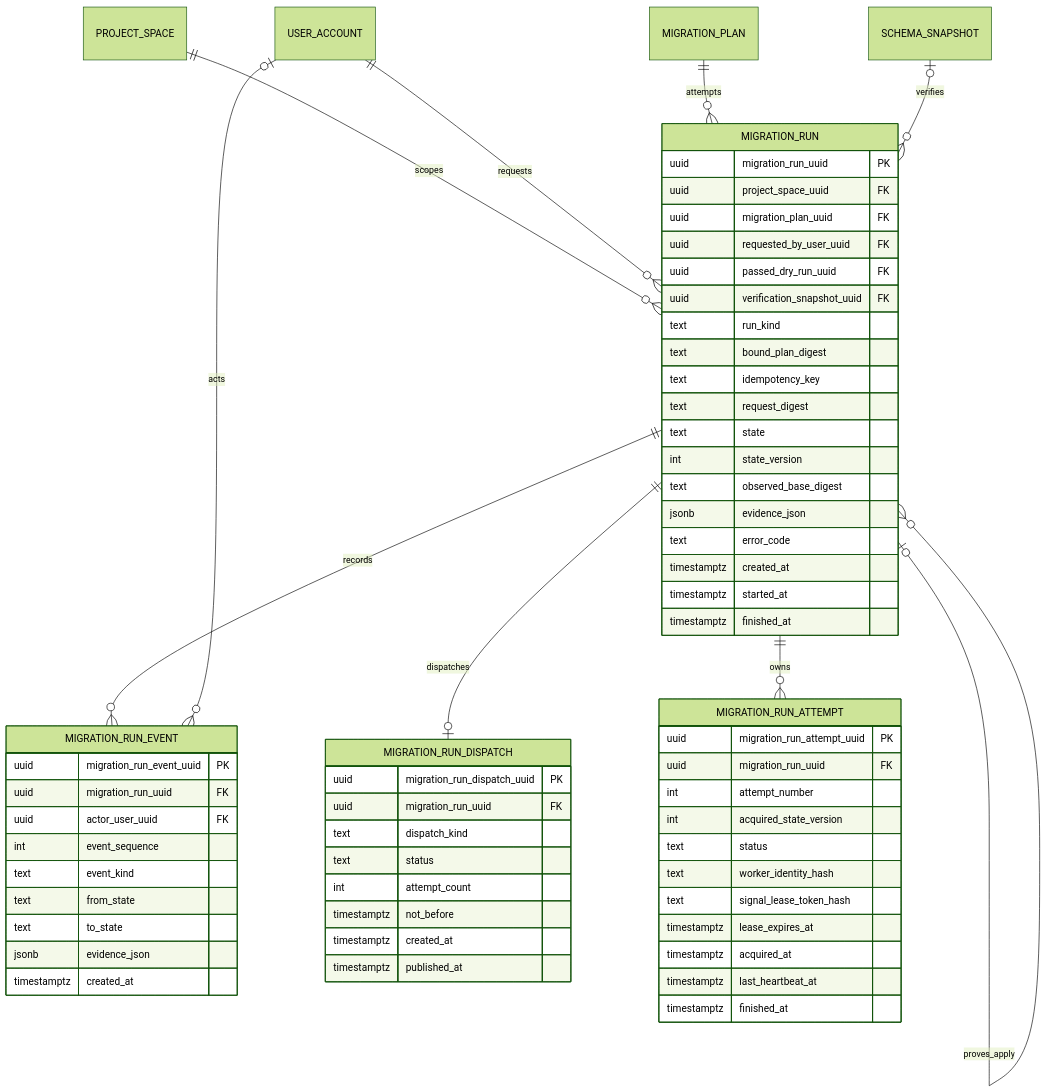
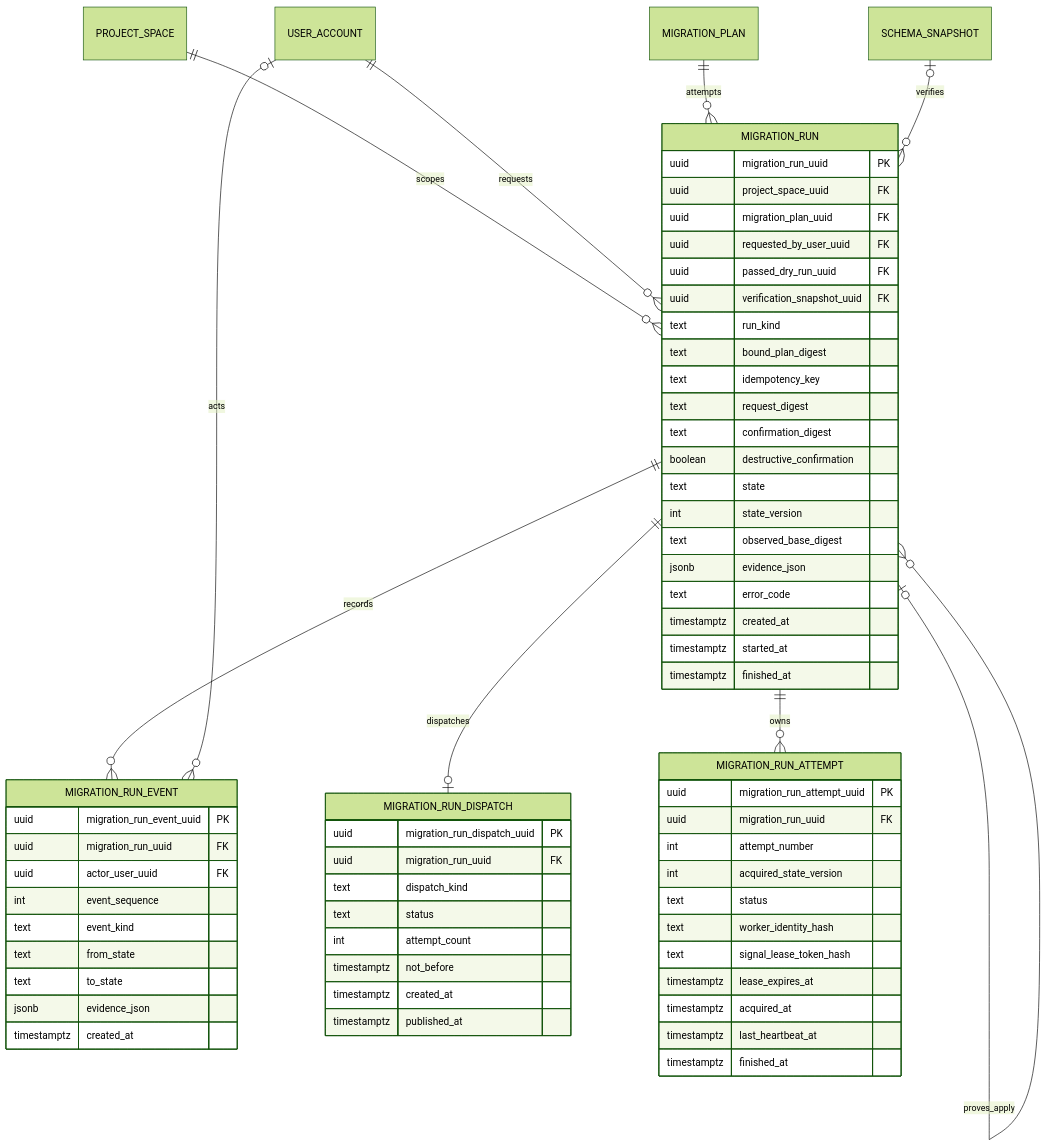
The second of 2 diagrams in docs/DATA_MODEL.md (ContextualWisdomLab/pg-erd-cloud), drawn with Mermaid (forest theme) before and after one commit. The commit also changed other lines of this file and 23 other files, not shown here.

````diff
--- a/docs/DATA_MODEL.md
+++ b/docs/DATA_MODEL.md
@@ -255,67 +263,69 @@
 ```mermaid
 erDiagram
   PROJECT_SPACE ||--o{ MIGRATION_RUN : scopes
   USER_ACCOUNT ||--o{ MIGRATION_RUN : requests
   MIGRATION_PLAN ||--o{ MIGRATION_RUN : attempts
   MIGRATION_RUN o|--o{ MIGRATION_RUN : proves_apply
   SCHEMA_SNAPSHOT o|--o{ MIGRATION_RUN : verifies
   MIGRATION_RUN ||--o{ MIGRATION_RUN_EVENT : records
   MIGRATION_RUN ||--o| MIGRATION_RUN_DISPATCH : dispatches
   MIGRATION_RUN ||--o{ MIGRATION_RUN_ATTEMPT : owns
   USER_ACCOUNT o|--o{ MIGRATION_RUN_EVENT : acts
 
   MIGRATION_RUN {
     uuid migration_run_uuid PK
     uuid project_space_uuid FK
     uuid migration_plan_uuid FK
     uuid requested_by_user_uuid FK
     uuid passed_dry_run_uuid FK
     uuid verification_snapshot_uuid FK
     text run_kind
     text bound_plan_digest
     text idempotency_key
     text request_digest
+    text confirmation_digest
+    boolean destructive_confirmation
     text state
     int state_version
     text observed_base_digest
     jsonb evidence_json
     text error_code
     timestamptz created_at
     timestamptz started_at
     timestamptz finished_at
   }
   MIGRATION_RUN_EVENT {
     uuid migration_run_event_uuid PK
     uuid migration_run_uuid FK
     uuid actor_user_uuid FK
     int event_sequence
     text event_kind
     text from_state
     text to_state
     jsonb evidence_json
     timestamptz created_at
   }
   MIGRATION_RUN_DISPATCH {
     uuid migration_run_dispatch_uuid PK
     uuid migration_run_uuid FK
     text dispatch_kind
     text status
     int attempt_count
     timestamptz not_before
     timestamptz created_at
     timestamptz published_at
   }
   MIGRATION_RUN_ATTEMPT {
     uuid migration_run_attempt_uuid PK
     uuid migration_run_uuid FK
     int attempt_number
     int acquired_state_version
     text status
     text worker_identity_hash
     text signal_lease_token_hash
     timestamptz lease_expires_at
     timestamptz acquired_at
     timestamptz last_heartbeat_at
     timestamptz finished_at
   }
 ```
````
